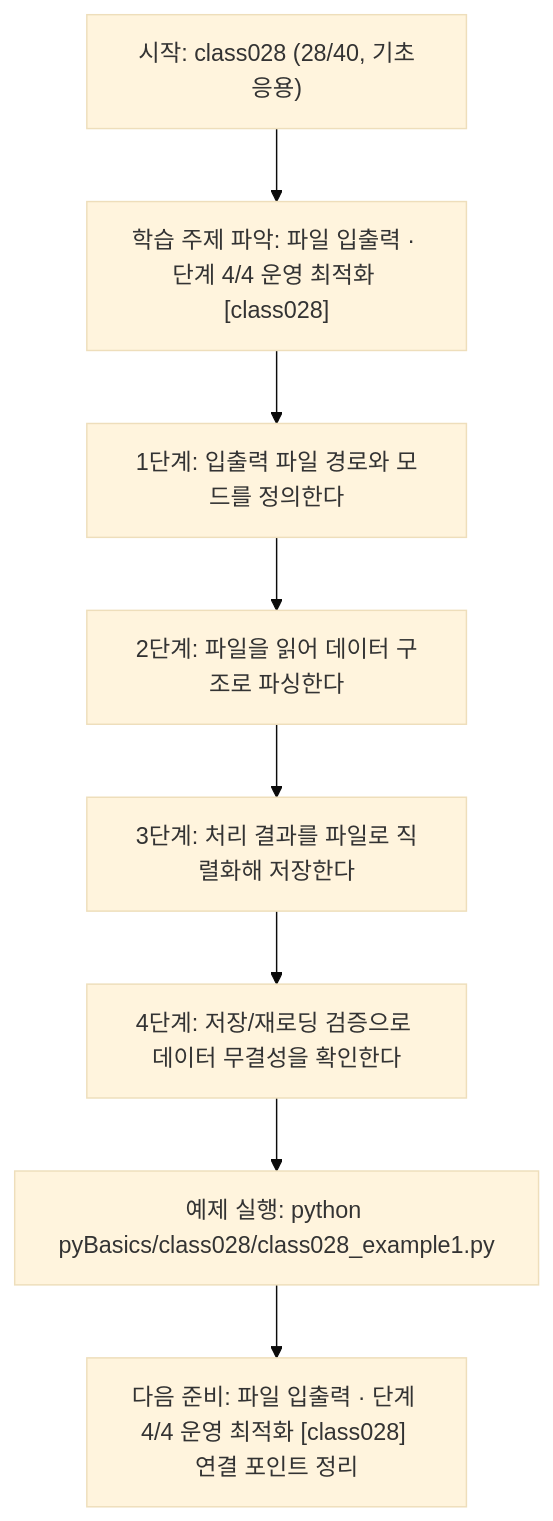
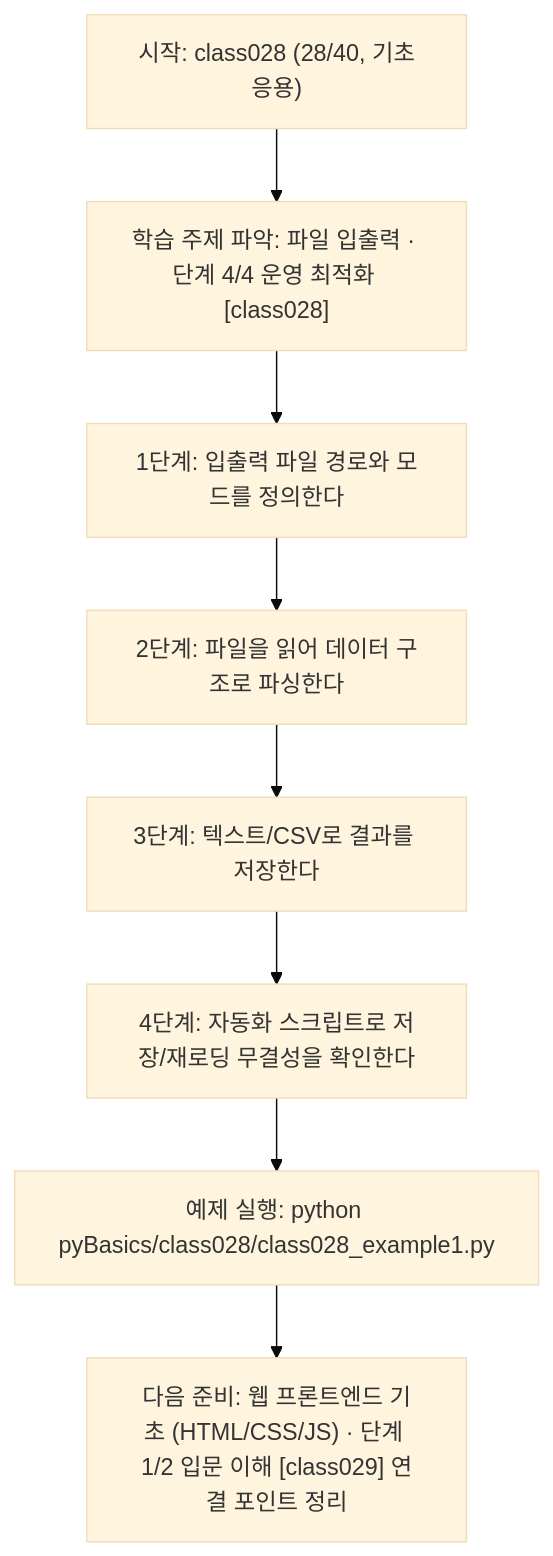
One commit to edumgt/Python-AI_Agent-Class changed the diagram in pyBasics/class028/class028.md. Above: the diagram before and after it, drawn with Mermaid (base theme). The commit also changed other lines of this file and 2370 other files, not shown here.

````diff
--- a/pyBasics/class028/class028.md
+++ b/pyBasics/class028/class028.md
@@ -109,18 +91,18 @@
 ```mermaid
 flowchart TD
 N1["시작: class028 (28/40, 기초응용)"]
 N2["학습 주제 파악: 파일 입출력 · 단계 4/4 운영 최적화 [class028]"]
 N3["1단계: 입출력 파일 경로와 모드를 정의한다"]
 N4["2단계: 파일을 읽어 데이터 구조로 파싱한다"]
-N5["3단계: 처리 결과를 파일로 직렬화해 저장한다"]
-N6["4단계: 저장/재로딩 검증으로 데이터 무결성을 확인한다"]
+N5["3단계: 텍스트/CSV로 결과를 저장한다"]
+N6["4단계: 자동화 스크립트로 저장/재로딩 무결성을 확인한다"]
 N7["예제 실행: python pyBasics/class028/class028_example1.py"]
-N8["다음 준비: 파일 입출력 · 단계 4/4 운영 최적화 [class028] 연결 포인트 정리"]
+N8["다음 준비: 웹 프론트엔드 기초 (HTML/CSS/JS) · 단계 1/2 입문 이해 [class029] 연결 포인트 정리"]
 N1 --> N2
 N2 --> N3
 N3 --> N4
 N4 --> N5
 N5 --> N6
 N6 --> N7
 N7 --> N8
 ```
````
